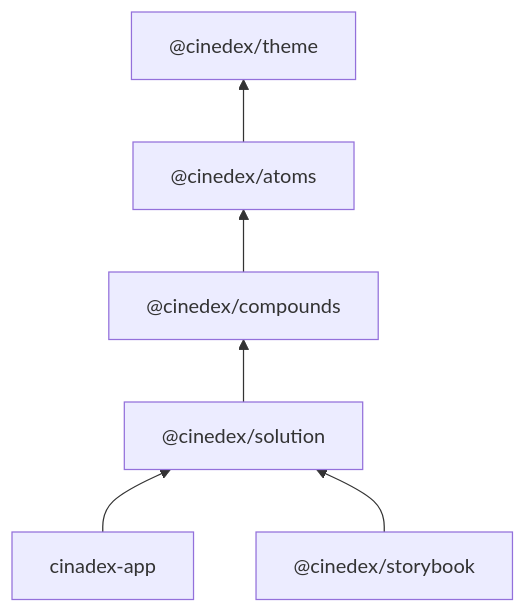
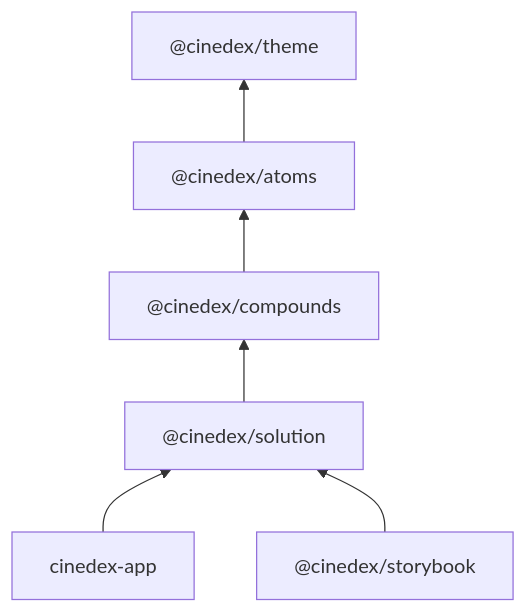
One commit to felipedferreira/Cinedex changed the diagram in frontend/CLAUDE.md. Above: the diagram before and after it, drawn with Mermaid. The commit also changed other lines of this file and 67 other files, not shown here.

Commit message:
fix(spelling): rename cinadex-app to cinedex-app and fix typos repo-wide (#63)

````diff
--- a/frontend/CLAUDE.md
+++ b/frontend/CLAUDE.md
@@ -17,8 +17,8 @@
 ```mermaid
 flowchart BT
     ATOMS["@cinedex/atoms"] --> THEME["@cinedex/theme"]
     COMPOUNDS["@cinedex/compounds"] --> ATOMS
     SOLUTION["@cinedex/solution"] --> COMPOUNDS
-    APP["cinadex-app"] --> SOLUTION
+    APP["cinedex-app"] --> SOLUTION
     SB["@cinedex/storybook"] --> SOLUTION
 ```
````
